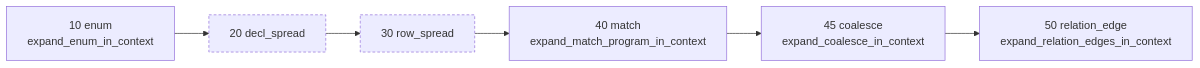
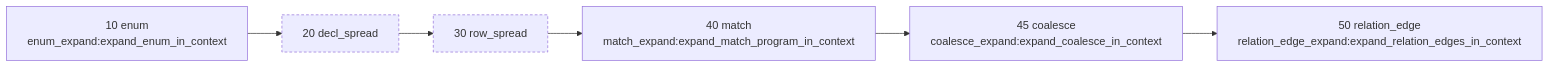
The first of 4 diagrams in v6/ARCH-MAP.md (hafley66/sprefa), drawn with Mermaid before and after one commit. The commit also changed other lines of this file and 9 other files, not shown here.

````diff
--- a/v6/ARCH-MAP.md
+++ b/v6/ARCH-MAP.md
@@ -18,17 +12,17 @@
 ```mermaid
 flowchart LR
-  ph_enum["10 enum<br/>expand_enum_in_context"]
+  ph_enum["10 enum<br/>enum_expand:expand_enum_in_context"]
   ph_decl_spread["20 decl_spread"]
   ph_row_spread["30 row_spread"]
-  ph_match["40 match<br/>expand_match_program_in_context"]
-  ph_coalesce["45 coalesce<br/>expand_coalesce_in_context"]
-  ph_relation_edge["50 relation_edge<br/>expand_relation_edges_in_context"]
+  ph_match["40 match<br/>match_expand:expand_match_program_in_context"]
+  ph_coalesce["45 coalesce<br/>coalesce_expand:expand_coalesce_in_context"]
+  ph_relation_edge["50 relation_edge<br/>relation_edge_expand:expand_relation_edges_in_context"]
+  ph_enum --> ph_decl_spread
+  ph_decl_spread --> ph_row_spread
+  ph_row_spread --> ph_match
+  ph_match --> ph_coalesce
   ph_coalesce --> ph_relation_edge
-  ph_decl_spread --> ph_row_spread
-  ph_enum --> ph_decl_spread
-  ph_match --> ph_coalesce
-  ph_row_spread --> ph_match
   classDef slot stroke-dasharray: 4 3
   class ph_decl_spread slot
   class ph_row_spread slot
 ```
````
